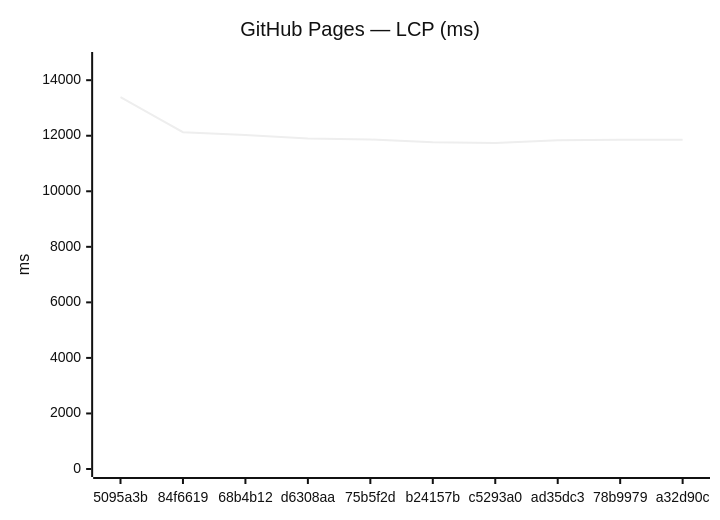
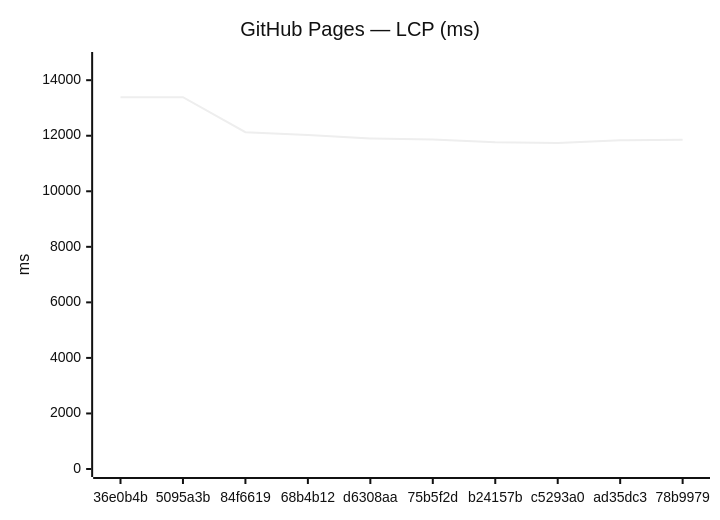
Before and after one commit to Metaheurist/Rianell: the third of 18 diagrams in benchmarks/compare.md, drawn with Mermaid (neutral theme). The commit also changed other lines of this file and 11 other files, not shown here.

````diff
--- a/benchmarks/compare.md
+++ b/benchmarks/compare.md
@@ -54,7 +54,7 @@
 ```mermaid
 xychart-beta
     title "GitHub Pages — LCP (ms)"
-    x-axis ["5095a3b", "84f6619", "68b4b12", "d6308aa", "75b5f2d", "b24157b", "c5293a0", "ad35dc3", "78b9979", "a32d90c"]
+    x-axis ["36e0b4b", "5095a3b", "84f6619", "68b4b12", "d6308aa", "75b5f2d", "b24157b", "c5293a0", "ad35dc3", "78b9979"]
     y-axis "ms" 0 --> 14727
-    line [13388, 12127, 12028, 11904, 11863, 11768, 11742, 11838, 11855, 11852]
+    line [13383, 13388, 12127, 12028, 11904, 11863, 11768, 11742, 11838, 11855]
 ```
````
